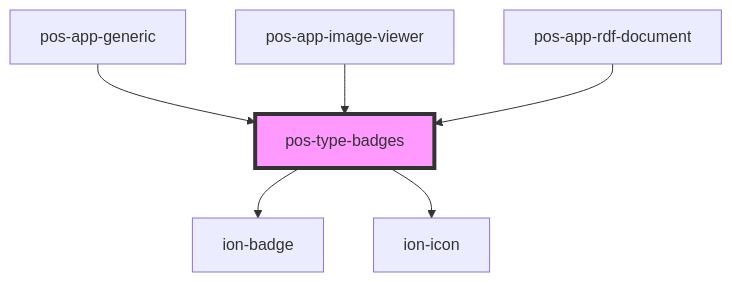
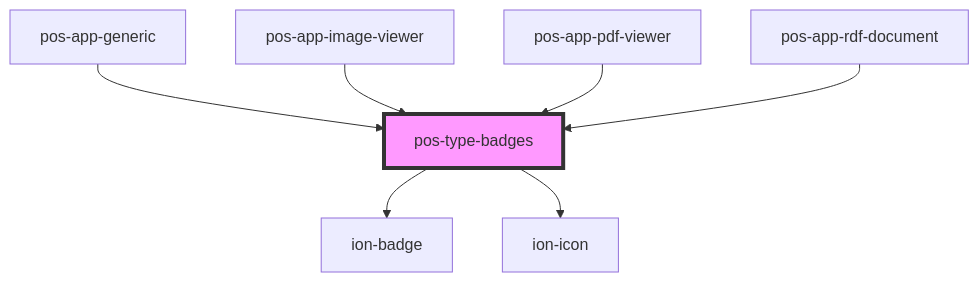
One commit to pod-os/PodOS changed the diagram in docs/elements/components/pos-type-badges/readme.md. Above: the diagram before and after it, drawn with Mermaid. The commit also changed other lines of this file and 8 other files, not shown here.

````diff
--- a/docs/elements/components/pos-type-badges/readme.md
+++ b/docs/elements/components/pos-type-badges/readme.md
@@ -29,9 +30,10 @@
 ```mermaid
 graph TD;
   pos-type-badges --> ion-badge
   pos-type-badges --> ion-icon
   pos-app-generic --> pos-type-badges
   pos-app-image-viewer --> pos-type-badges
+  pos-app-pdf-viewer --> pos-type-badges
   pos-app-rdf-document --> pos-type-badges
   style pos-type-badges fill:#f9f,stroke:#333,stroke-width:4px
 ```
````
